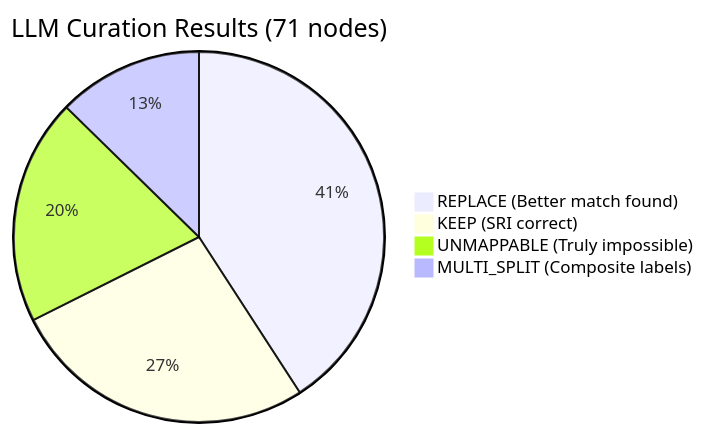
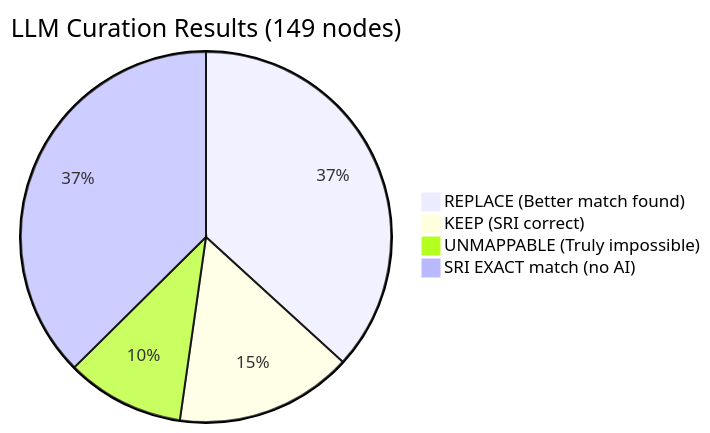
The diagram in entity_resolvers/src/code/ncatsdata/CUREID/251128stats.md (ncats/IFX_ODIN), drawn with Mermaid before and after one commit.

Commit message:
Update LLM Curation Results statistics

````diff
--- a/entity_resolvers/src/code/ncatsdata/CUREID/251128stats.md
+++ b/entity_resolvers/src/code/ncatsdata/CUREID/251128stats.md
@@ -4,7 +4,7 @@
 ```mermaid
-pie title LLM Curation Results (71 nodes)
-    "REPLACE (Better match found)" : 29
-    "KEEP (SRI correct)" : 19
-    "UNMAPPABLE (Truly impossible)" : 14
-    "MULTI_SPLIT (Composite labels)" : 9
+pie title LLM Curation Results (149 nodes)
+    "REPLACE (Better match found)" : 57
+    "KEEP (SRI correct)" : 24
+    "UNMAPPABLE (Truly impossible)" : 16
+    "SRI EXACT match (no AI)" : 58
 ```
````
